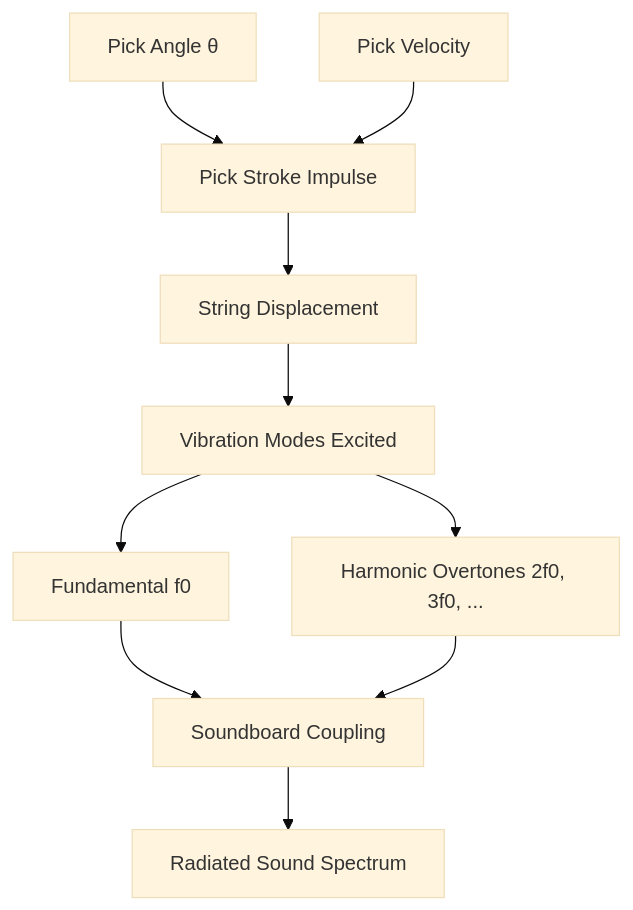
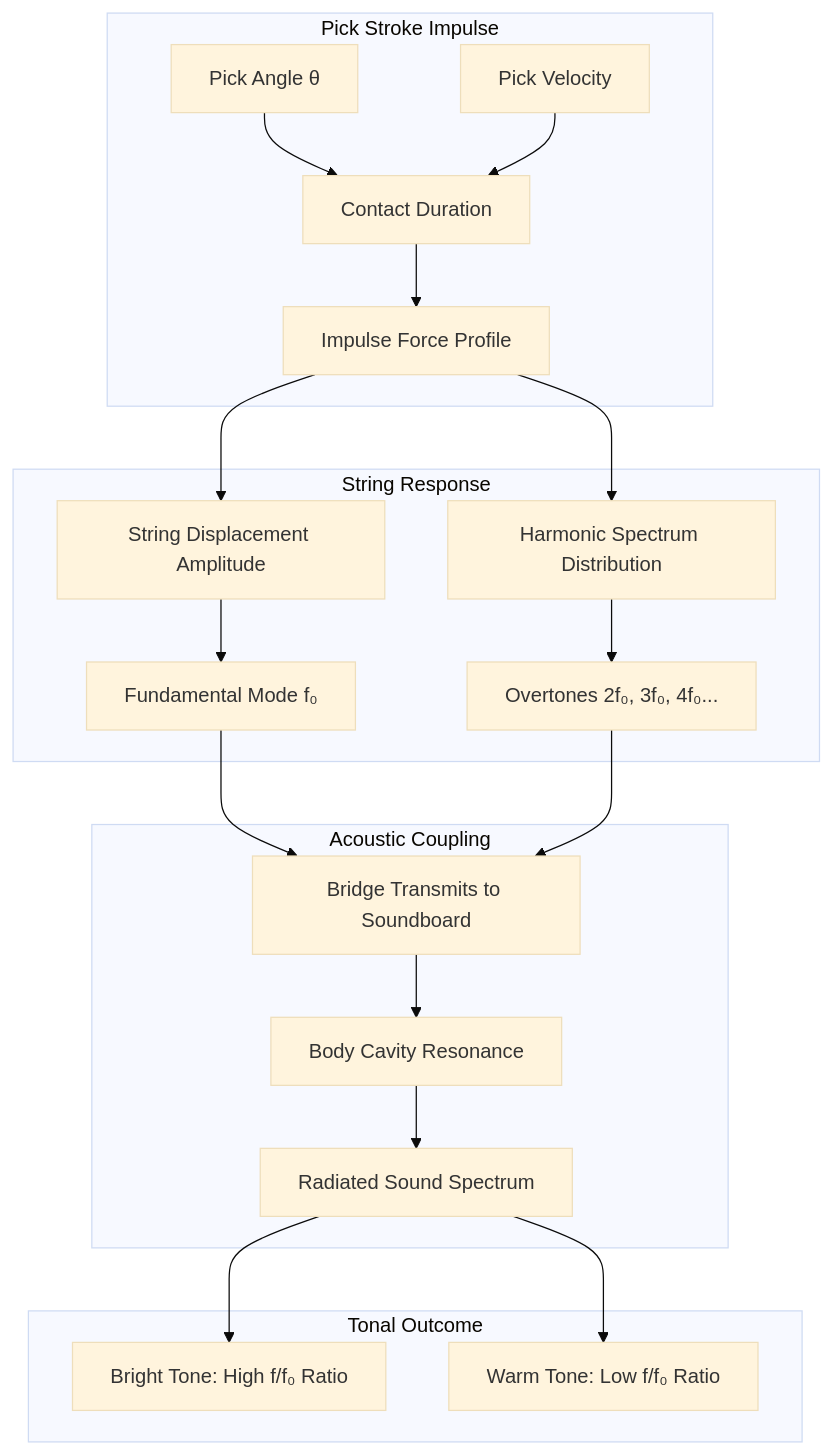
One commit to blebleblee/synapse changed the fourth of 9 diagrams in topics/arts/music_performance/acoustic_guitar/labs.md. Above: the diagram before and after it, drawn with Mermaid (base theme). The commit also changed other lines of this file and 4 other files, not shown here.

````diff
--- a/topics/arts/music_performance/acoustic_guitar/labs.md
+++ b/topics/arts/music_performance/acoustic_guitar/labs.md
@@ -109,12 +425,24 @@
 ```mermaid
 graph TD
-    A["Pick Stroke Impulse"] --> B["String Displacement"]
-    B --> C["Vibration Modes Excited"]
-    C --> D["Fundamental f0"]
-    C --> E["Harmonic Overtones 2f0, 3f0, ..."]
-    D --> F["Soundboard Coupling"]
-    E --> F
-    F --> G["Radiated Sound Spectrum"]
-    H["Pick Angle θ"] --> A
-    I["Pick Velocity"] --> A
+    subgraph sub_impulse ["Pick Stroke Impulse"]
+        A["Pick Angle θ"] --> B["Contact Duration"]
+        C["Pick Velocity"] --> B
+        B --> D["Impulse Force Profile"]
+    end
+    subgraph sub_string_response ["String Response"]
+        D --> E["String Displacement Amplitude"]
+        D --> F["Harmonic Spectrum Distribution"]
+        E --> G["Fundamental Mode f₀"]
+        F --> H["Overtones 2f₀, 3f₀, 4f₀..."]
+    end
+    subgraph sub_coupling ["Acoustic Coupling"]
+        G --> I["Bridge Transmits to Soundboard"]
+        H --> I
+        I --> J["Body Cavity Resonance"]
+        J --> K["Radiated Sound Spectrum"]
+    end
+    subgraph sub_tonal_outcome ["Tonal Outcome"]
+        K --> L["Bright Tone: High f/f₀ Ratio"]
+        K --> M["Warm Tone: Low f/f₀ Ratio"]
+    end
 ```
````
